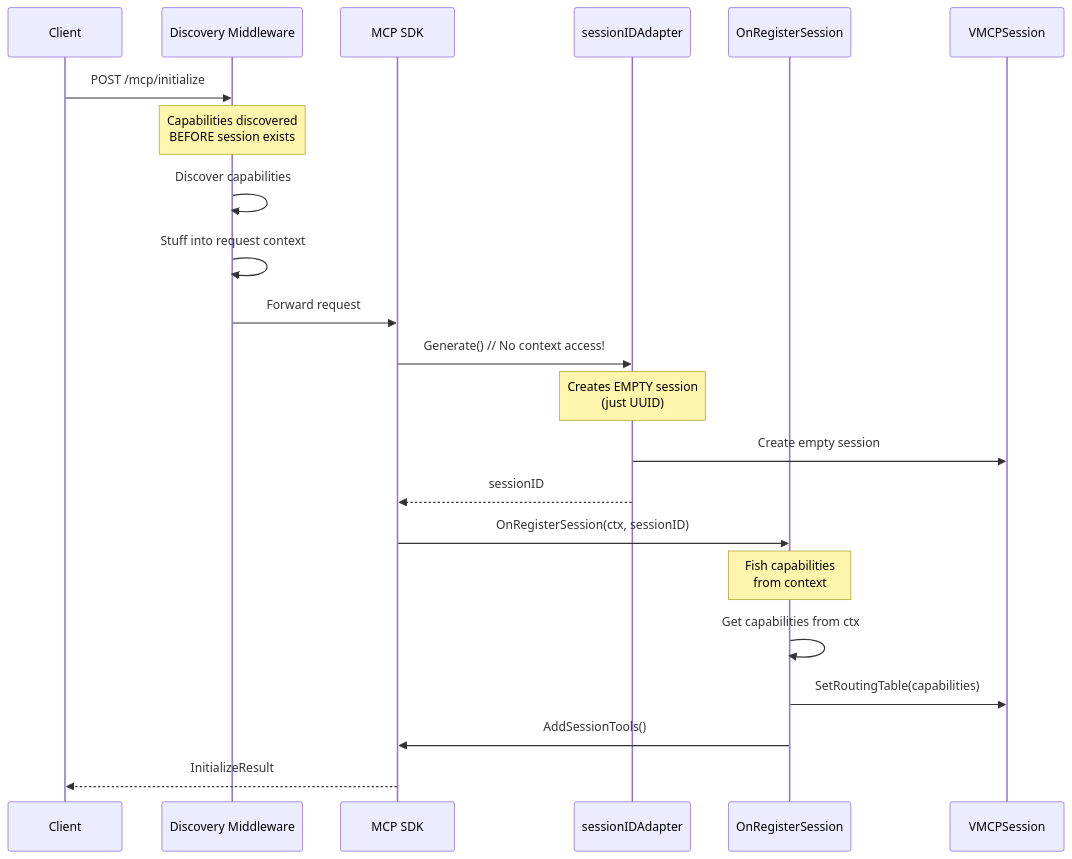
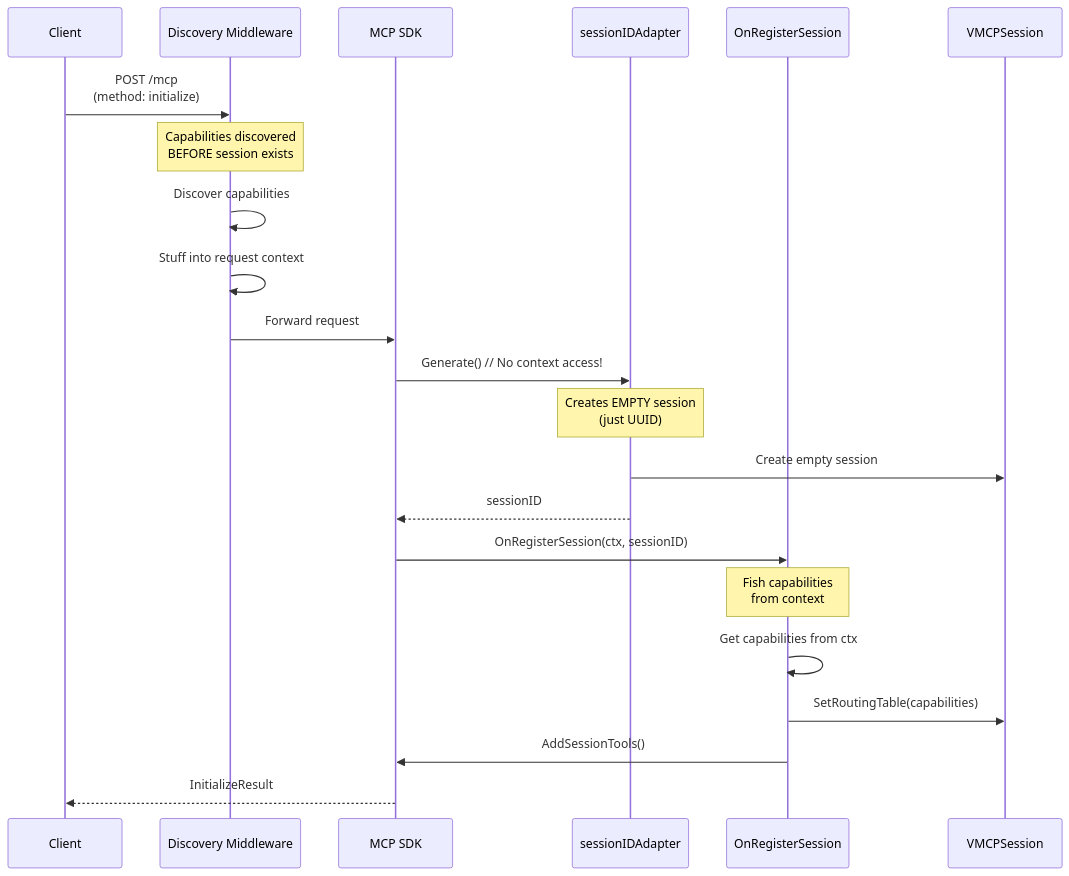
The first of 3 diagrams in rfcs/THV-0038-session-scoped-client-lifecycle.md (stacklok/toolhive-rfcs), drawn with Mermaid before and after one commit. The commit also changed other lines of this file, not shown here.

````diff
--- a/rfcs/THV-0038-session-scoped-client-lifecycle.md
+++ b/rfcs/THV-0038-session-scoped-client-lifecycle.md
@@ -122,25 +141,25 @@
 ```mermaid
 sequenceDiagram
     participant Client
     participant DiscoveryMW as Discovery Middleware
     participant SDK as MCP SDK
     participant Adapter as sessionIDAdapter
     participant Hook as OnRegisterSession
     participant VMCPSess as VMCPSession
 
-    Client->>DiscoveryMW: POST /mcp/initialize
+    Client->>DiscoveryMW: POST /mcp<br/>(method: initialize)
     Note over DiscoveryMW: Capabilities discovered<br/>BEFORE session exists
     DiscoveryMW->>DiscoveryMW: Discover capabilities
     DiscoveryMW->>DiscoveryMW: Stuff into request context
     DiscoveryMW->>SDK: Forward request
     SDK->>Adapter: Generate() // No context access!
     Note over Adapter: Creates EMPTY session<br/>(just UUID)
     Adapter->>VMCPSess: Create empty session
     Adapter-->>SDK: sessionID
     SDK->>Hook: OnRegisterSession(ctx, sessionID)
     Note over Hook: Fish capabilities<br/>from context
     Hook->>Hook: Get capabilities from ctx
     Hook->>VMCPSess: SetRoutingTable(capabilities)
     Hook->>SDK: AddSessionTools()
     SDK-->>Client: InitializeResult
 ```
````
